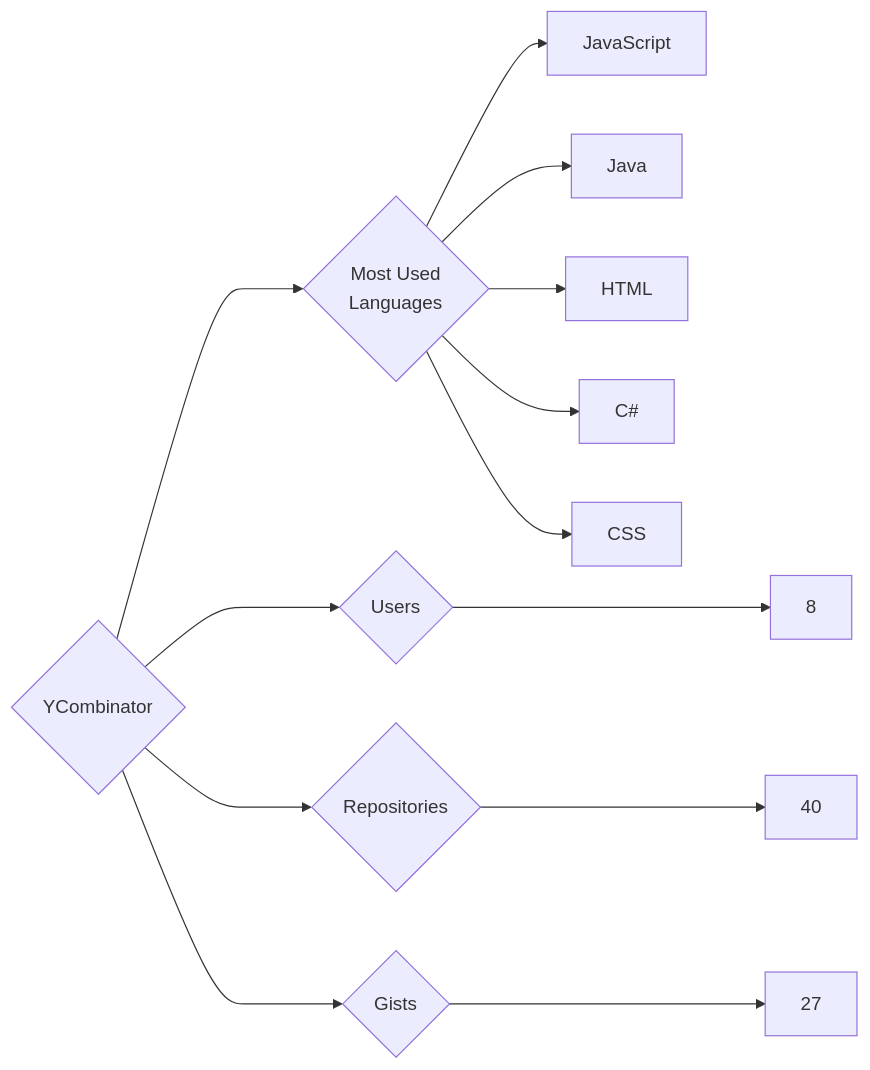
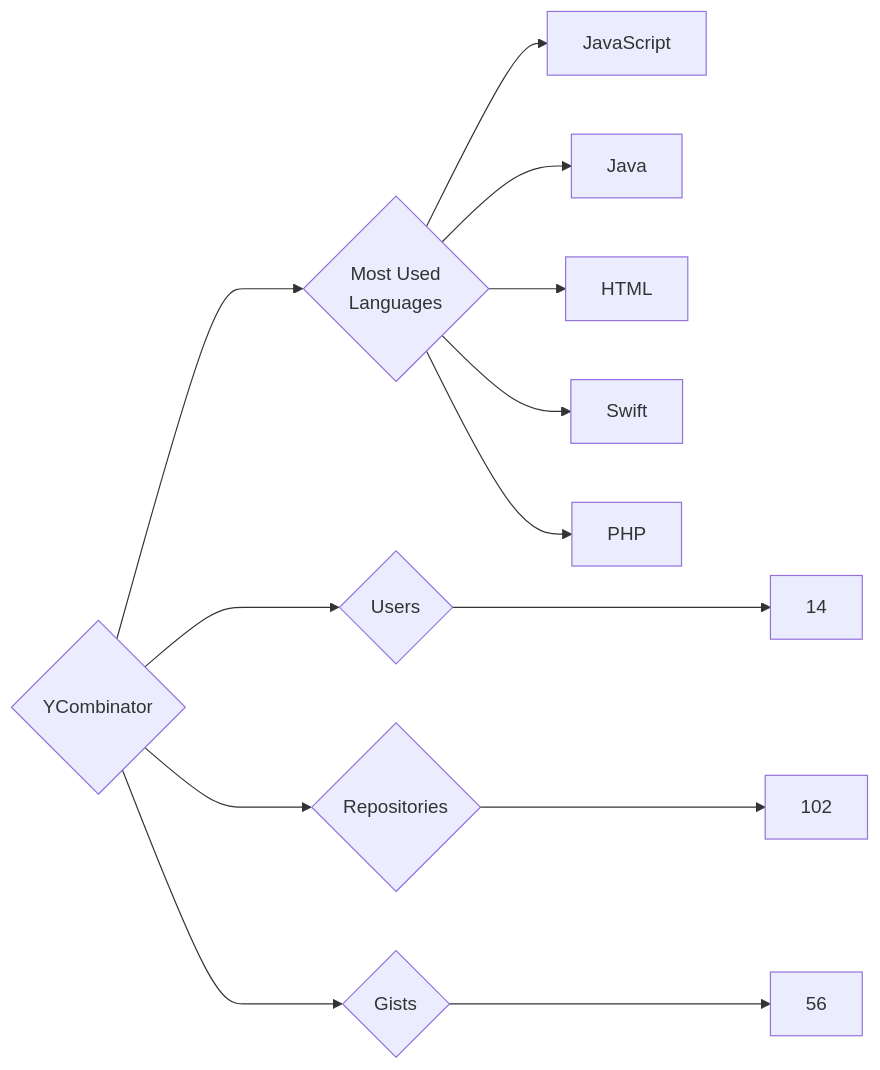
One commit to trickest/insiders changed the diagram in targets/YCombinator/README.md. Above: the diagram before and after it, drawn with Mermaid. The commit also changed 1508 other files, not shown here.

````diff
--- a/targets/YCombinator/README.md
+++ b/targets/YCombinator/README.md
@@ -3,13 +3,13 @@
 ```mermaid
 graph LR
 COMPANY_NAME{YCombinator}
-COMPANY_NAME ---> U{Users} ---> UN[8]
-COMPANY_NAME ---> R{Repositories} ---> RN[40]
-COMPANY_NAME ---> G{Gists} ---> GN[27]
+COMPANY_NAME ---> U{Users} ---> UN[14]
+COMPANY_NAME ---> R{Repositories} ---> RN[102]
+COMPANY_NAME ---> G{Gists} ---> GN[56]
 COMPANY_NAME ---> ML{Most Used<br>Languages}
 ML --> JavaScript[JavaScript]
 ML --> Java[Java]
 ML --> HTML[HTML]
-ML --> C#[C#]
-ML --> CSS[CSS]
+ML --> Swift[Swift]
+ML --> PHP[PHP]
 ```
````
